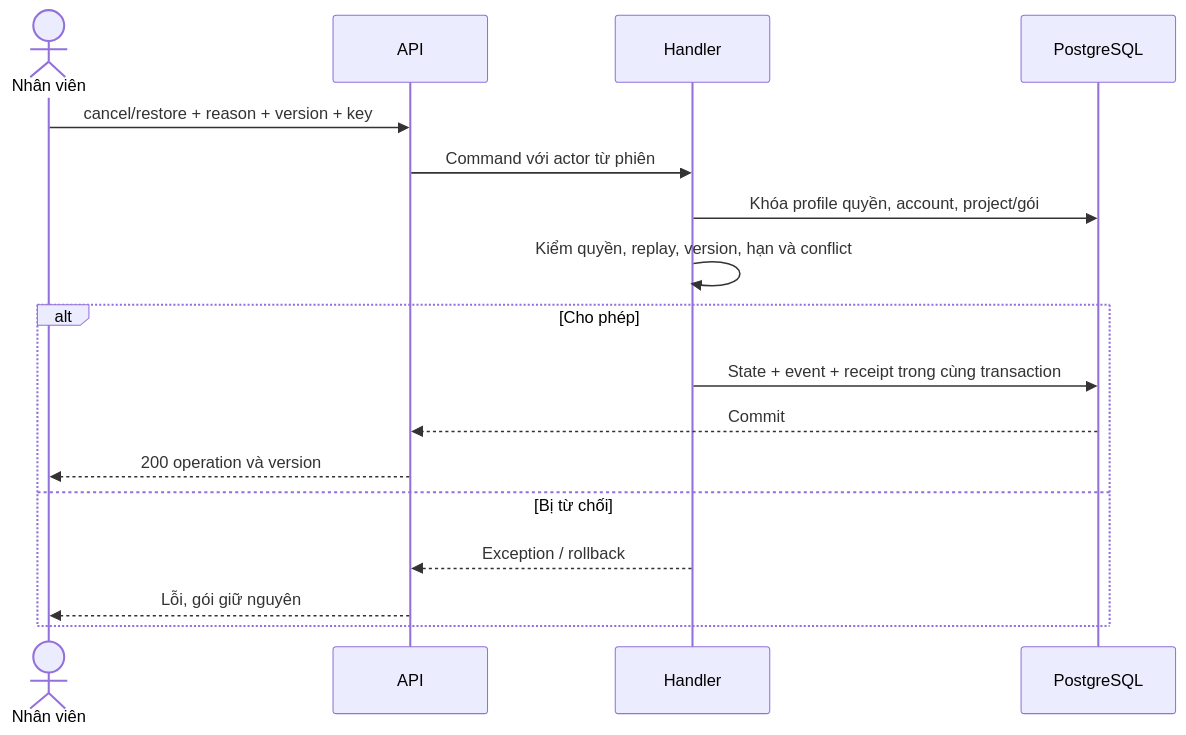
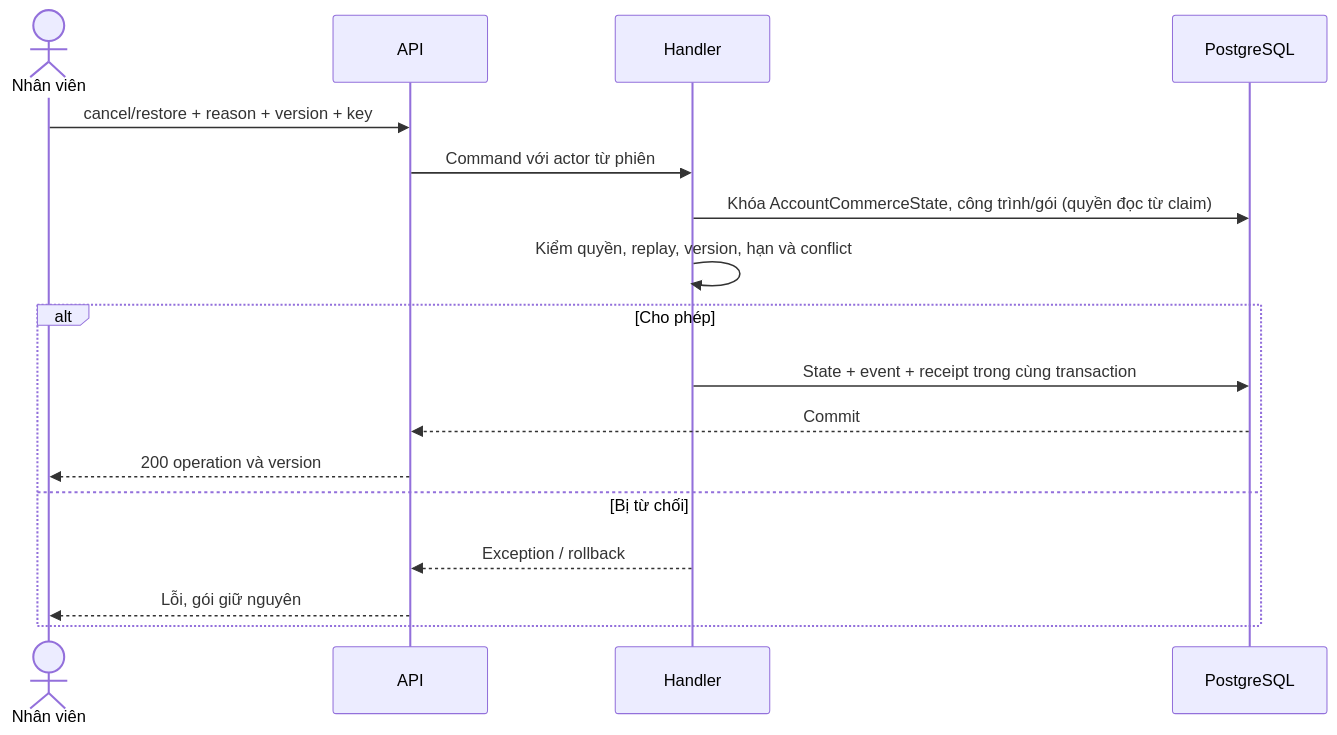
Before and after one commit to TaskCoper/bmt-documentation: the second of 5 diagrams in tdd/TDD-SUB-005.md, drawn with Mermaid. The commit also changed other lines of this file and 19 other files, not shown here.

````diff
--- a/tdd/TDD-SUB-005.md
+++ b/tdd/TDD-SUB-005.md
@@ -135,19 +137,19 @@
 ```mermaid
 sequenceDiagram
     actor S as Nhân viên
     participant A as API
     participant H as Handler
     participant D as PostgreSQL
     S->>A: cancel/restore + reason + version + key
     A->>H: Command với actor từ phiên
-    H->>D: Khóa profile quyền, account, project/gói
+    H->>D: Khóa AccountCommerceState, công trình/gói (quyền đọc từ claim)
     H->>H: Kiểm quyền, replay, version, hạn và conflict
     alt Cho phép
       H->>D: State + event + receipt trong cùng transaction
       D-->>A: Commit
       A-->>S: 200 operation và version
     else Bị từ chối
       H-->>A: Exception / rollback
       A-->>S: Lỗi, gói giữ nguyên
     end
 ```
````
